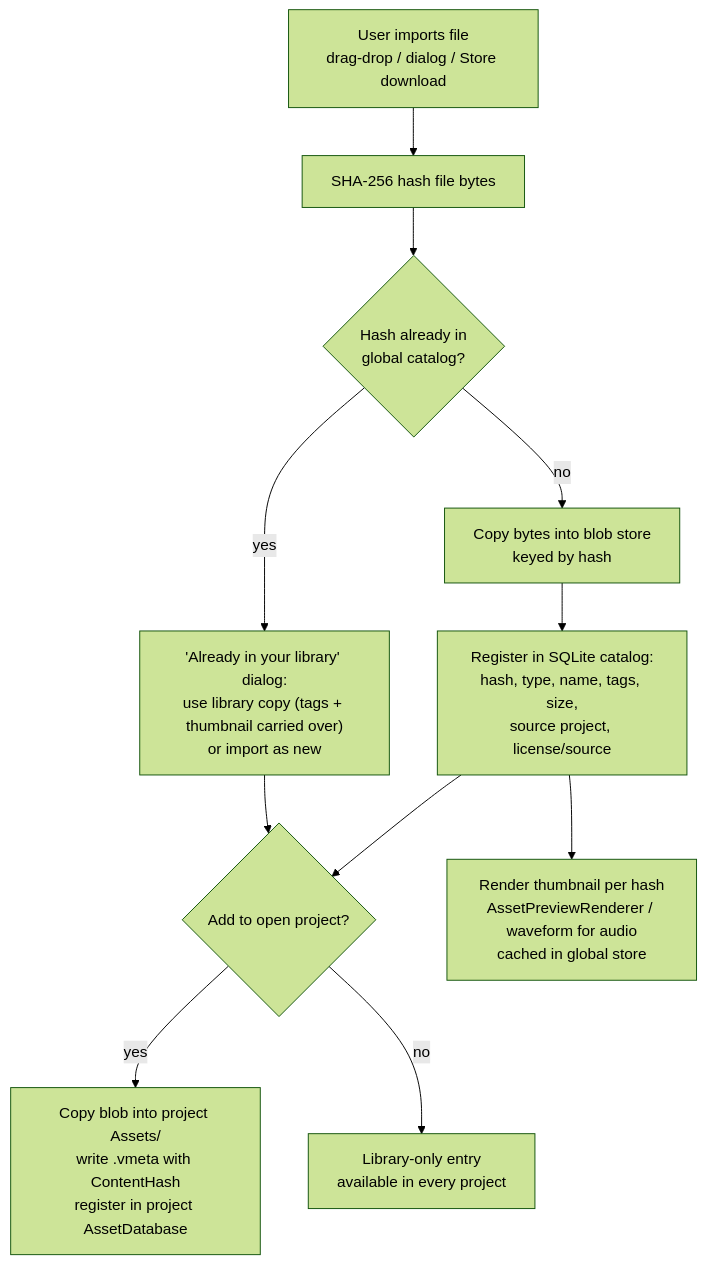
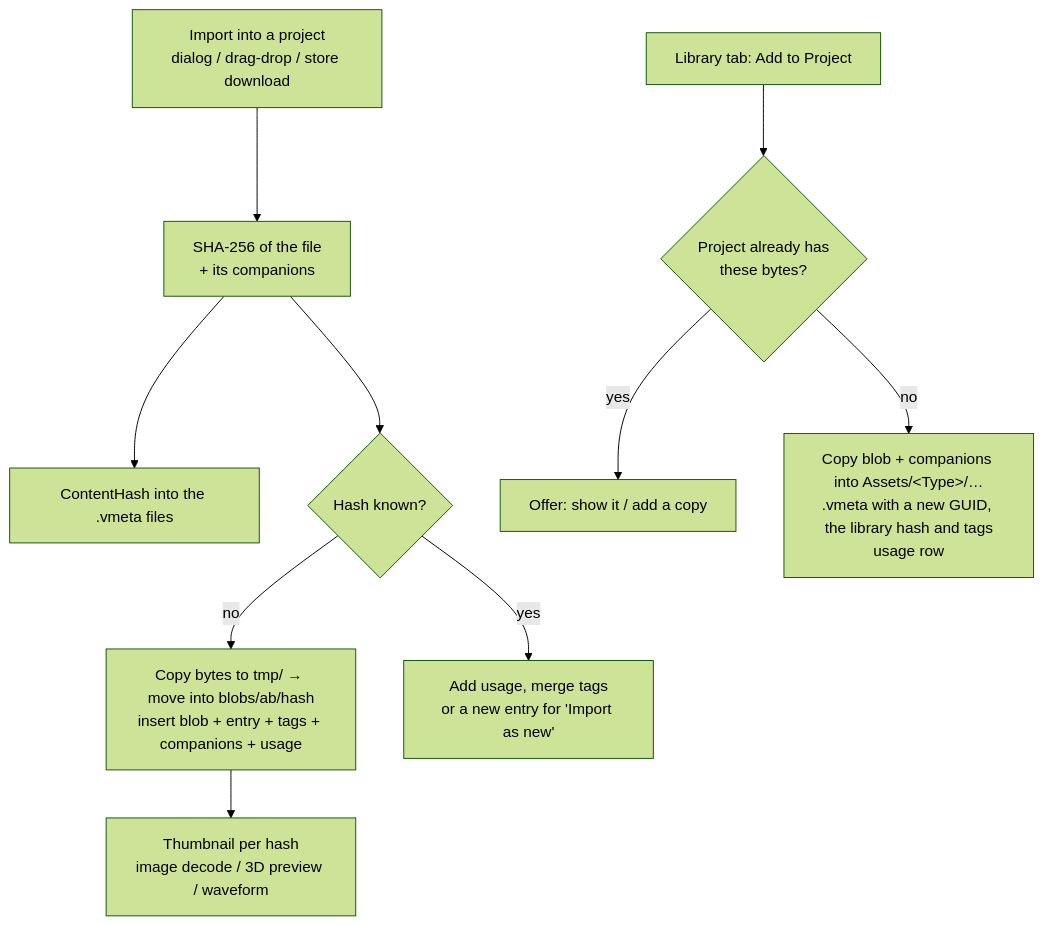
The diagram in docs/wiki/Design-Global-Asset-Database.md (shadow-kernel/Vortex-Engine), drawn with Mermaid (forest theme) before and after one commit. The commit also changed other lines of this file and 30 other files, not shown here.

First line of the commit message:
feat(assets): global asset database — machine-wide SHA-256 asset library (v2.9.0, #52)

````diff
--- a/docs/wiki/Design-Global-Asset-Database.md
+++ b/docs/wiki/Design-Global-Asset-Database.md
@@ -38,13 +51,12 @@
 ```mermaid
 flowchart TD
-    A[User imports file<br/>drag-drop / dialog / Store download] --> B[SHA-256 hash file bytes]
-    B --> C{Hash already in<br/>global catalog?}
-    C -- yes --> D["'Already in your library' dialog:<br/>use library copy (tags + thumbnail carried over)<br/>or import as new"]
-    C -- no --> E[Copy bytes into blob store<br/>keyed by hash]
-    E --> F[Register in SQLite catalog:<br/>hash, type, name, tags, size,<br/>source project, license/source]
-    D --> G
-    F --> G{Add to open project?}
-    G -- yes --> H[Copy blob into project Assets/<br/>write .vmeta with ContentHash<br/>register in project AssetDatabase]
-    G -- no --> I[Library-only entry<br/>available in every project]
-    F --> J[Render thumbnail per hash<br/>AssetPreviewRenderer / waveform for audio<br/>cached in global store]
+    A[Import into a project<br/>dialog / drag-drop / store download] --> B[SHA-256 of the file<br/>+ its companions]
+    B --> W[ContentHash into the .vmeta files]
+    B --> C{Hash known?}
+    C -- no --> E[Copy bytes to tmp/ → move into blobs/ab/hash<br/>insert blob + entry + tags + companions + usage]
+    C -- yes --> D[Add usage, merge tags<br/>or a new entry for 'Import as new']
+    E --> T[Thumbnail per hash<br/>image decode / 3D preview / waveform]
+    L[Library tab: Add to Project] --> P{Project already has<br/>these bytes?}
+    P -- yes --> R[Offer: show it / add a copy]
+    P -- no --> Q[Copy blob + companions into Assets/&lt;Type&gt;/…<br/>.vmeta with a new GUID, the library hash and tags<br/>usage row]
 ```
````
